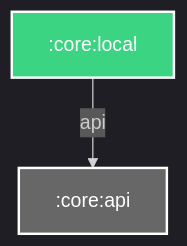
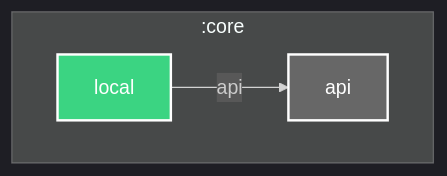
The diagram in core/local/README.md (Dussim/cv-app), drawn with Mermaid before and after one commit. The commit also changed 24 other files, not shown here.

Commit message:
Update READMEs with module hierarchy graphs, refactor Gradle configurations, and bump dependencies

````diff
--- a/core/local/README.md
+++ b/core/local/README.md
@@ -3,16 +3,21 @@
 ```mermaid
 %%{
   init: {
     'theme': 'dark'
   }
 }%%
 
 graph TB
+  subgraph :core
+    :core:local["local"]
+    :core:api["api"]
+  end
+
   :core:local -- api --> :core:api
 
 classDef android-library fill:#3BD482,stroke:#fff,stroke-width:2px,color:#fff;
 classDef unknown fill:#676767,stroke:#fff,stroke-width:2px,color:#fff;
 class :core:local android-library
 class :core:api unknown
 
 ```
````
